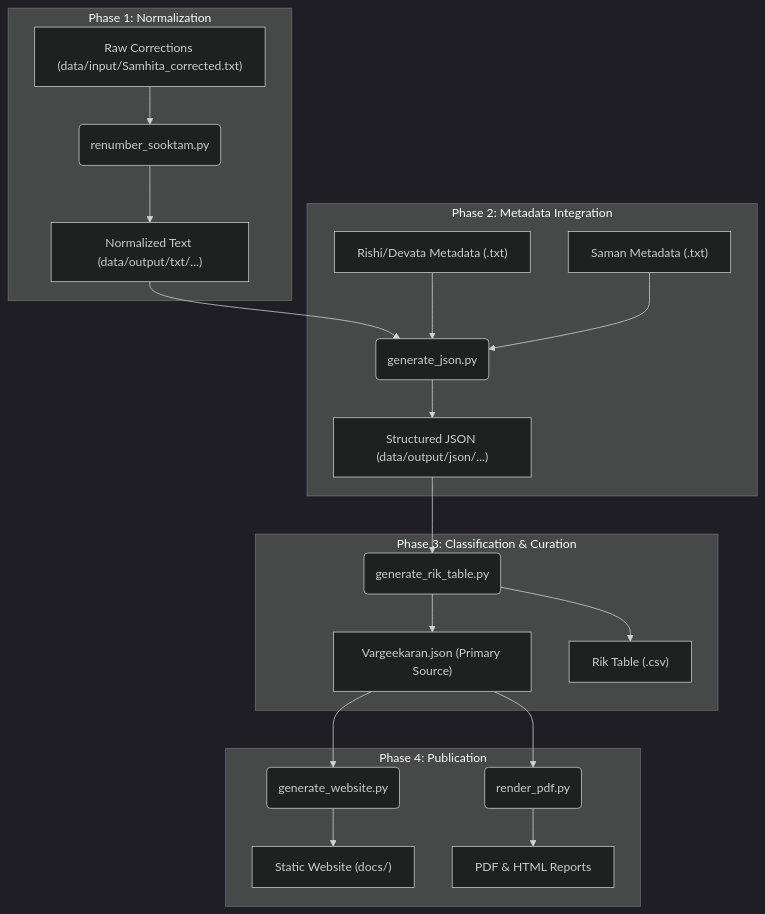
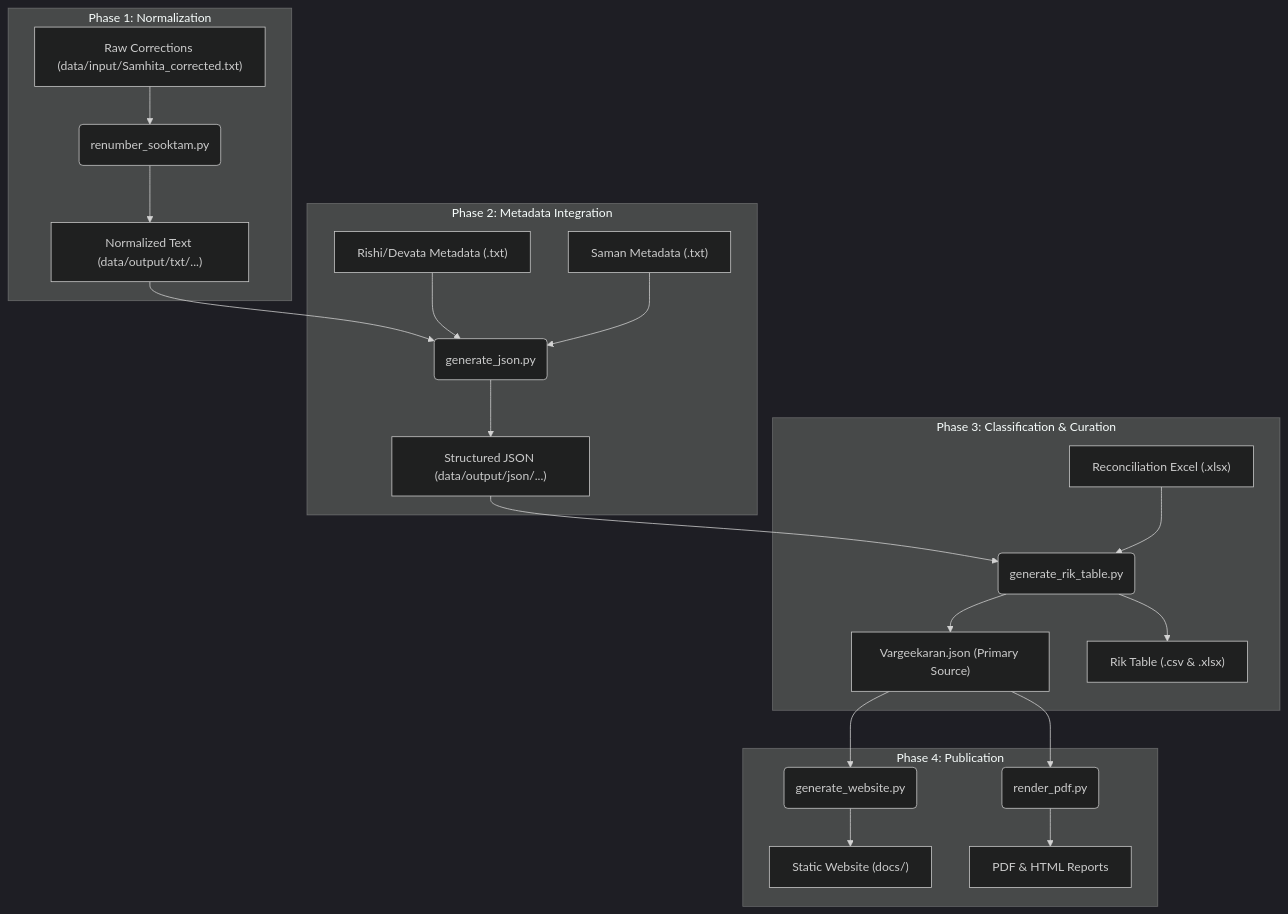
Before and after one commit to sekharnarayanaswamy-del/jaimineeyasamavedam: the first of 4 diagrams in .agent/documentation/PIPELINE_ARCHITECTURE.md, drawn with Mermaid (dark theme). The commit also changed other lines of this file, not shown here.

Commit message:
Update PIPELINE_ARCHITECTURE.md with Excel outputs and corrected CLI flags

````diff
--- a/.agent/documentation/PIPELINE_ARCHITECTURE.md
+++ b/.agent/documentation/PIPELINE_ARCHITECTURE.md
@@ -9,27 +9,28 @@
 ```mermaid
 graph TD
     subgraph "Phase 1: Normalization"
         A1["Raw Corrections (data/input/Samhita_corrected.txt)"] --> B1("renumber_sooktam.py")
         B1 --> C1["Normalized Text (data/output/txt/...)"]
     end
 
     subgraph "Phase 2: Metadata Integration"
         C1 --> D1("generate_json.py")
         D2["Rishi/Devata Metadata (.txt)"] --> D1
         D3["Saman Metadata (.txt)"] --> D1
         D1 --> E1["Structured JSON (data/output/json/...)"]
     end
 
     subgraph "Phase 3: Classification & Curation"
-        E1 --> F1("generate_rik_table.py")
+        E1["Structured JSON (data/output/json/...)"] --> F1("generate_rik_table.py")
+        F2["Reconciliation Excel (.xlsx)"] --> F1
         F1 --> G1["Vargeekaran.json (Primary Source)"]
-        F1 --> G2["Rik Table (.csv)"]
+        F1 --> G2["Rik Table (.csv & .xlsx)"]
     end
 
     subgraph "Phase 4: Publication"
         G1 --> H1("generate_website.py")
         G1 --> H2("render_pdf.py")
         H1 --> I1["Static Website (docs/)"]
         H2 --> I2["PDF & HTML Reports"]
     end
 ```
````
